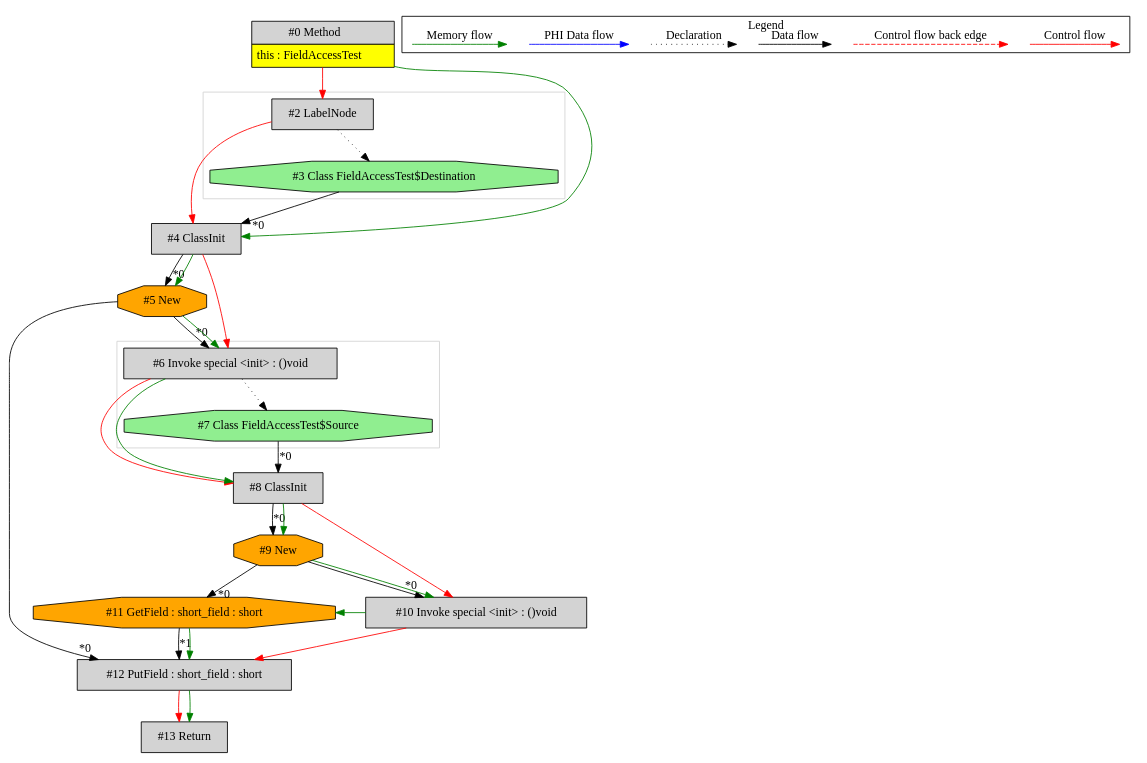
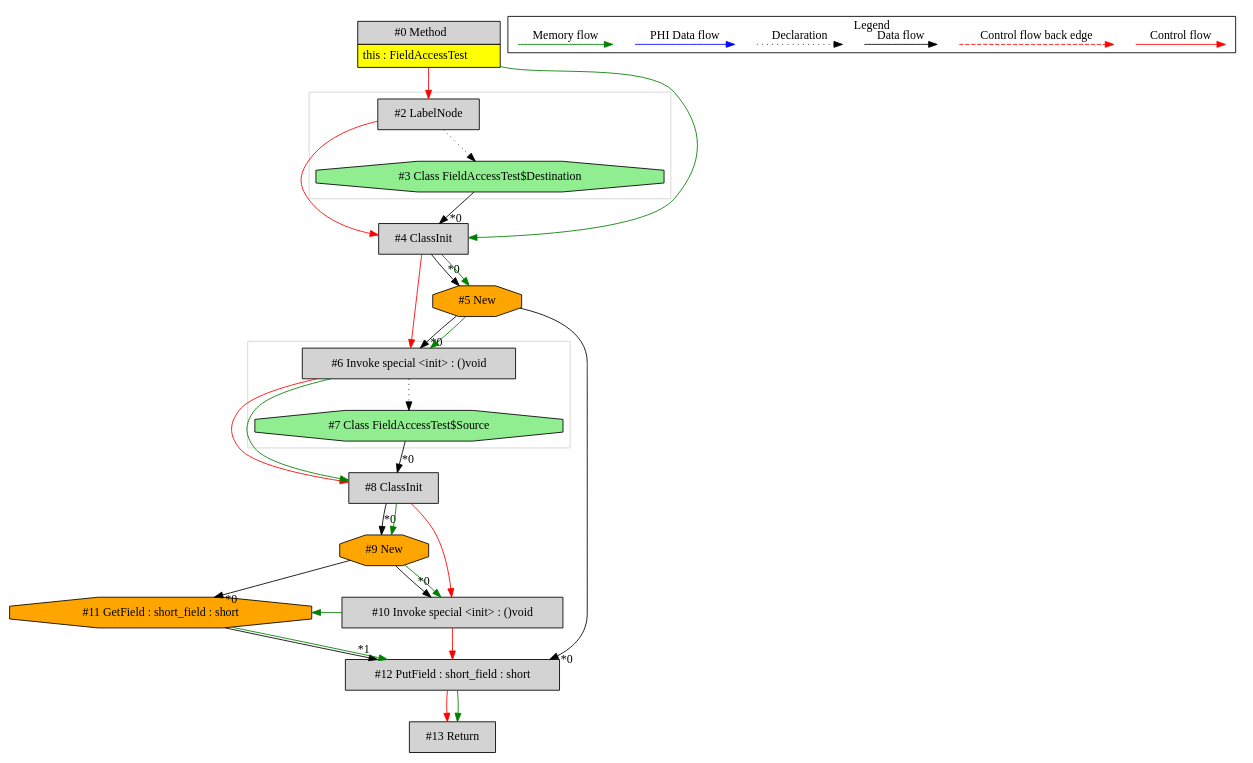
Before and after one commit to mirkosertic/MetaIR: the diagram in de.mirkosertic.metair.ir.examples.FieldAccessTest/copy_short/ir.dot, drawn with Graphviz. The commit also changed other lines of this file and 540 other files, not shown here.

```diff
--- a/de.mirkosertic.metair.ir.examples.FieldAccessTest/copy_short/ir.dot
+++ b/de.mirkosertic.metair.ir.examples.FieldAccessTest/copy_short/ir.dot
@@ -1,79 +1,79 @@
 digraph {
  ordering="in";
  node0[margin="0", label=<<table border="0" cellborder="1" cellspacing="0" cellpadding="5"><tr><td colspan="1">#0 Method</td></tr><tr><td port="prj1" bgcolor="yellow">this : FieldAccessTest</td></tr></table>>,shape=none, fillcolor=lightgrey, style=filled];
  node2[label="#2 LabelNode",shape=box, fillcolor=lightgrey, style=filled];
  node0 -> node2[labeldistance=2, color=red, fontcolor=red];
  node3[label="#3 Class FieldAccessTest$Destination",shape=octagon, fillcolor=lightgreen, style=filled];
  node2 -> node3[style=dotted];
  node4[label="#4 ClassInit",shape=box, fillcolor=lightgrey, style=filled];
  node3 -> node4[headlabel="*0", labeldistance=2];
  node2 -> node4[labeldistance=2, color=red, fontcolor=red];
  node0 -> node4[labeldistance=2, color=green, constraint=false];
+ node6[label="#6 Invoke special <init> : ()void",shape=box, fillcolor=lightgrey, style=filled];
+ node5 -> node6[headlabel="*0", labeldistance=2];
+ node4 -> node6[labeldistance=2, color=red, fontcolor=red];
+ node5 -> node6[labeldistance=2, color=green, constraint=false];
  node5[label="#5 New",shape=octagon, fillcolor=orange, style=filled];
  node4 -> node5[headlabel="*0", labeldistance=2];
  node4 -> node5[labeldistance=2, color=green, constraint=false];
  node12[label="#12 PutField : short_field : short",shape=box, fillcolor=lightgrey, style=filled];
  node5 -> node12[headlabel="*0", labeldistance=2];
  node11 -> node12[headlabel="*1", labeldistance=2];
  node11 -> node12[labeldistance=2, color=green, constraint=false];
  node10 -> node12[labeldistance=2, color=red, fontcolor=red];
  node10[label="#10 Invoke special <init> : ()void",shape=box, fillcolor=lightgrey, style=filled];
  node9 -> node10[headlabel="*0", labeldistance=2];
  node8 -> node10[labeldistance=2, color=red, fontcolor=red];
  node9 -> node10[labeldistance=2, color=green, constraint=false];
  node9[label="#9 New",shape=octagon, fillcolor=orange, style=filled];
  node8 -> node9[headlabel="*0", labeldistance=2];
  node8 -> node9[labeldistance=2, color=green, constraint=false];
  node8[label="#8 ClassInit",shape=box, fillcolor=lightgrey, style=filled];
  node7 -> node8[headlabel="*0", labeldistance=2];
  node6 -> node8[labeldistance=2, color=red, fontcolor=red];
  node6 -> node8[labeldistance=2, color=green, constraint=false];
- node6[label="#6 Invoke special <init> : ()void",shape=box, fillcolor=lightgrey, style=filled];
- node5 -> node6[headlabel="*0", labeldistance=2];
- node4 -> node6[labeldistance=2, color=red, fontcolor=red];
- node5 -> node6[labeldistance=2, color=green, constraint=false];
  node7[label="#7 Class FieldAccessTest$Source",shape=octagon, fillcolor=lightgreen, style=filled];
  node6 -> node7[style=dotted];
  node11[label="#11 GetField : short_field : short",shape=octagon, fillcolor=orange, style=filled];
  node9 -> node11[headlabel="*0", labeldistance=2];
  node10 -> node11[labeldistance=2, color=green, constraint=false];
  node13[label="#13 Return",shape=box, fillcolor=lightgrey, style=filled];
  node12 -> node13[labeldistance=2, color=red, fontcolor=red];
  node12 -> node13[labeldistance=2, color=green, constraint=false];
  subgraph cluster_0 {
   color=lightgray;
-  node6;
-  node7;
+  node2;
+  node3;
  }
  subgraph cluster_1 {
   color=lightgray;
-  node2;
-  node3;
+  node6;
+  node7;
  }
  subgraph cluster_000 {
   label = "Legend";
   node [shape=point]
   {
    rank=same;
    c0 [style = invis];
    c1 [style = invis];
    c2 [style = invis];
    c3 [style = invis];
    d0 [style = invis];
    d1 [style = invis];
    d2 [style = invis];
    d3 [style = invis];
    d4 [style = invis];
    d5 [style = invis];
    d6 [style = invis];
    d7 [style = invis];
   }
   c0 -> c1 [label="Control flow", style=solid, color=red]
   c2 -> c3 [label="Control flow back edge", style=dashed, color=red]
   d0 -> d1 [label="Data flow"]
   d2 -> d3 [label="Declaration", style=dotted]
   d4 -> d5 [label="PHI Data flow", color=blue]
   d6 -> d7 [label="Memory flow", color=green]
  }
 
 }
```
